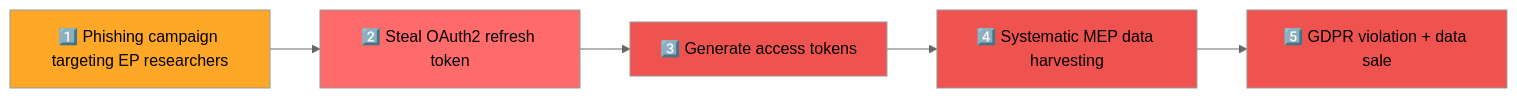
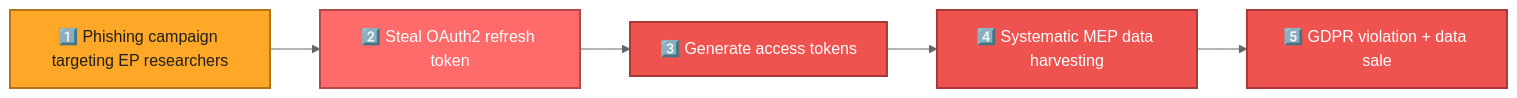
One commit to Hack23/European-Parliament-MCP-Server changed the fourth of 7 diagrams in api-markdown/_media/FUTURE_THREAT_MODEL.md. Above: the diagram before and after it, drawn with Mermaid (neutral theme). The commit also changed other lines of this file and 1837 other files, not shown here.

````diff
--- a/api-markdown/_media/FUTURE_THREAT_MODEL.md
+++ b/api-markdown/_media/FUTURE_THREAT_MODEL.md
@@ -302,13 +316,23 @@
 ```mermaid
 graph LR
     A[1️⃣ Phishing campaign targeting EP researchers] --> B[2️⃣ Steal OAuth2 refresh token]
     B --> C[3️⃣ Generate access tokens]
     C --> D[4️⃣ Systematic MEP data harvesting]
     D --> E[5️⃣ GDPR violation + data sale]
     
-    style A fill:#ffa726
-    style B fill:#ff6b6b
-    style C fill:#ef5350
-    style D fill:#ef5350
-    style E fill:#ef5350
+    style A fill:#ffa726,stroke:#b2741a,stroke-width:2px,color:#1f1f1f
+
+
+    style B fill:#ff6b6b,stroke:#b24a4a,stroke-width:2px,color:#ffffff
+
+
+    style C fill:#ef5350,stroke:#a73a38,stroke-width:2px,color:#ffffff
+
+
+    style D fill:#ef5350,stroke:#a73a38,stroke-width:2px,color:#ffffff
+
+
+    style E fill:#ef5350,stroke:#a73a38,stroke-width:2px,color:#ffffff
+
+
 ```
````
